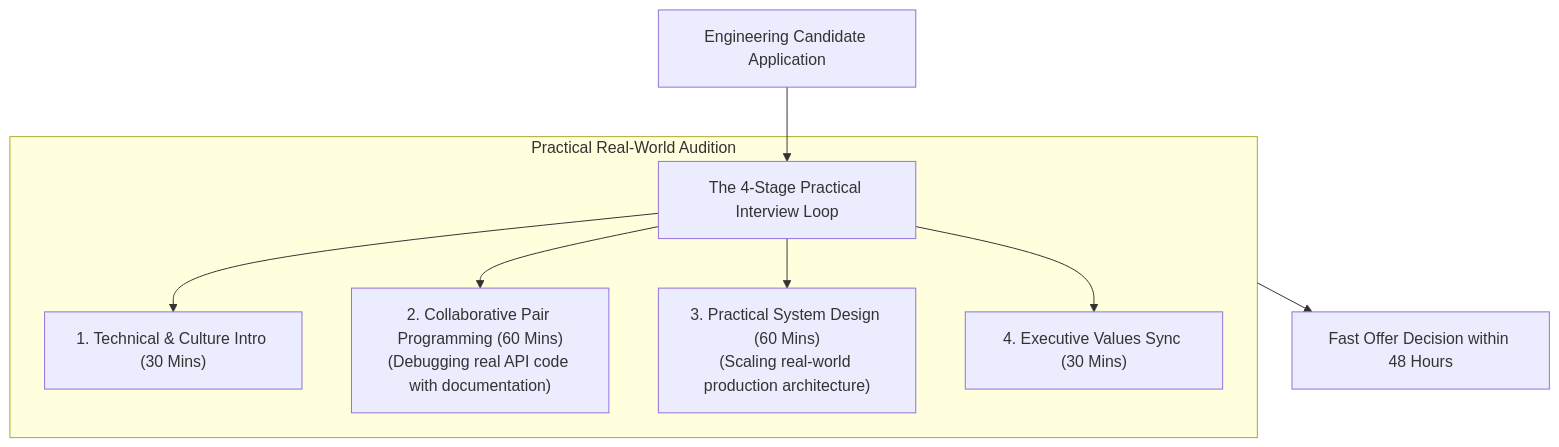
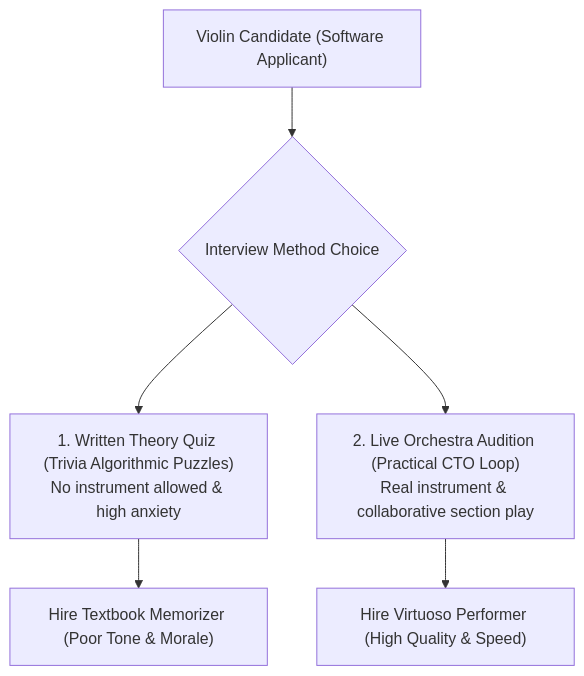
One commit to PankajKumarCTO/blog-store changed the diagram in users/pankajhyd/posts/designing-practical-technical-interview-loops-candidates-love.md. Above: the diagram before and after it, drawn with Mermaid.

Commit message:
Directly map Orchestra Audition analogy in post-050 Mermaid diagram

````diff
--- a/users/pankajhyd/posts/designing-practical-technical-interview-loops-candidates-love.md
+++ b/users/pankajhyd/posts/designing-practical-technical-interview-loops-candidates-love.md
@@ -58,13 +58,10 @@
 ```mermaid
 graph TD
-    Candidate["Engineering Candidate Application"] --> Loop["The 4-Stage Practical Interview Loop"]
+    Candidate["Violin Candidate (Software Applicant)"] --> AuditChoice{"Interview Method Choice"}
     
-    subgraph Audition["Practical Real-World Audition"]
-        Loop --> Stage1["1. Technical & Culture Intro (30 Mins)"]
-        Loop --> Stage2["2. Collaborative Pair Programming (60 Mins)<br/>(Debugging real API code with documentation)"]
-        Loop --> Stage3["3. Practical System Design (60 Mins)<br/>(Scaling real-world production architecture)"]
-        Loop --> Stage4["4. Executive Values Sync (30 Mins)"]
-    end
+    AuditChoice --> Quiz["1. Written Theory Quiz (Trivia Algorithmic Puzzles)<br/>No instrument allowed & high anxiety"]
+    AuditChoice --> Audition["2. Live Orchestra Audition (Practical CTO Loop)<br/>Real instrument & collaborative section play"]
     
-    Audition --> Decision["Fast Offer Decision within 48 Hours"]
+    Quiz --> BadHire["Hire Textbook Memorizer (Poor Tone & Morale)"]
+    Audition --> TopTalent["Hire Virtuoso Performer (High Quality & Speed)"]
 ```
````
